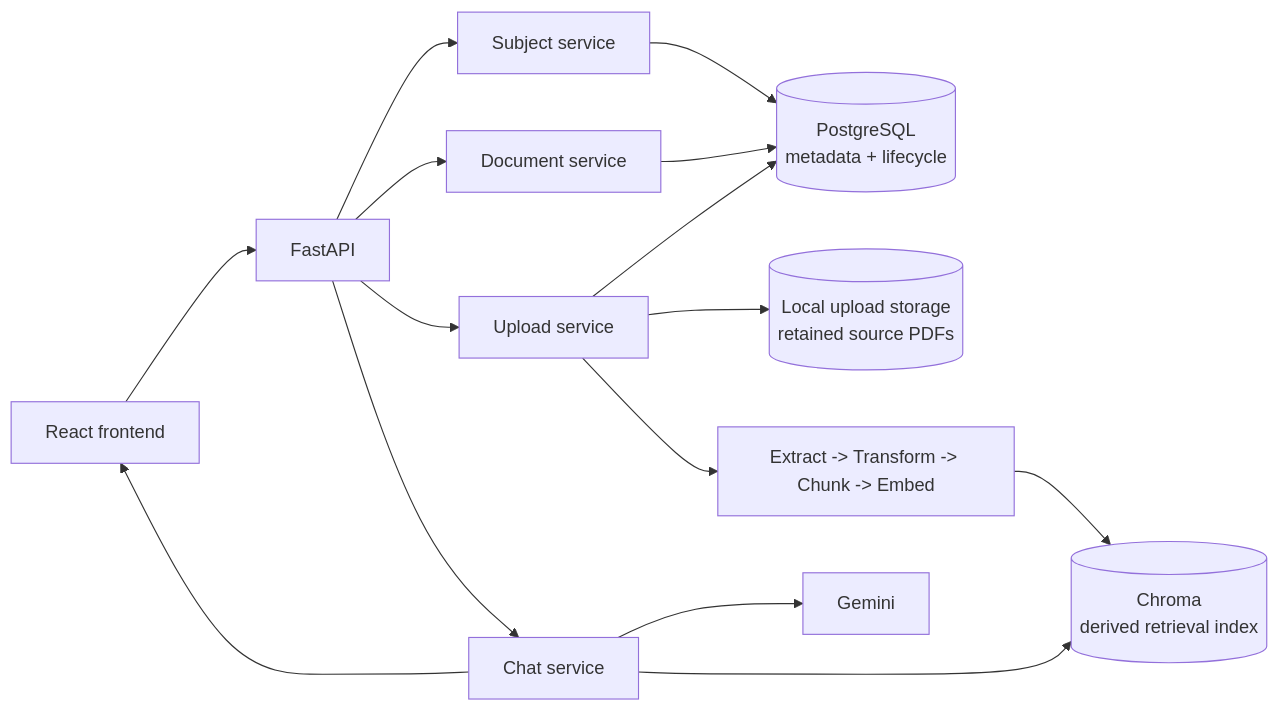
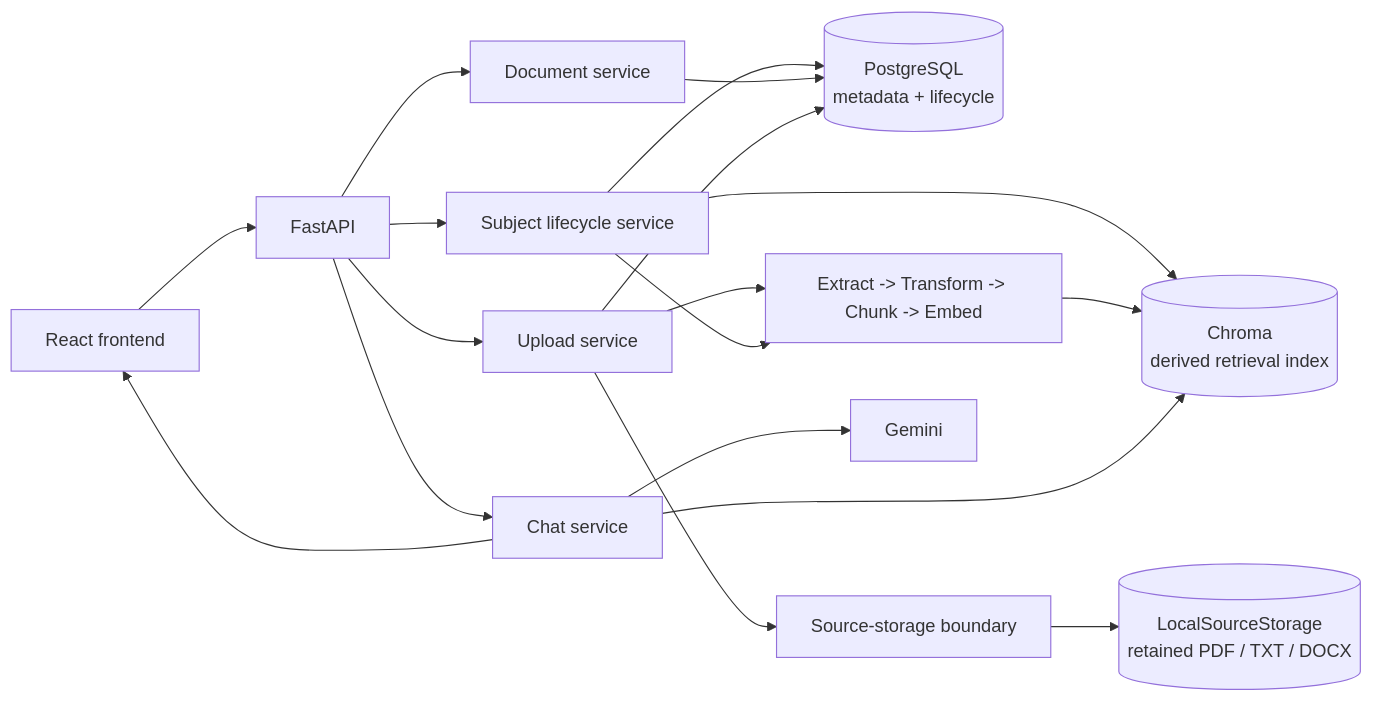
Before and after one commit to tonthatgiahuy16/CloudMentor-AI: the diagram in README.md, drawn with Mermaid. The commit also changed other lines of this file and 1 other file, not shown here.

````diff
--- a/README.md
+++ b/README.md
@@ -79,19 +100,22 @@
 ```mermaid
 flowchart LR
     UI[React frontend] --> API[FastAPI]
-    API --> SUBJECTS[Subject service]
+    API --> SUBJECTS[Subject lifecycle service]
     API --> UPLOAD[Upload service]
     API --> CHAT[Chat service]
     API --> DOCS[Document service]
 
     SUBJECTS --> PG[(PostgreSQL\nmetadata + lifecycle)]
     DOCS --> PG
-    UPLOAD --> FILES[(Local upload storage\nretained source PDFs)]
+    UPLOAD --> STORAGE[Source-storage boundary]
+    STORAGE --> FILES[(LocalSourceStorage\nretained PDF / TXT / DOCX)]
     UPLOAD --> PIPELINE[Extract -> Transform -> Chunk -> Embed]
+    SUBJECTS --> PIPELINE
+    SUBJECTS --> CHROMA
     PIPELINE --> CHROMA[(Chroma\nderived retrieval index)]
     UPLOAD --> PG
 
     CHAT --> CHROMA
     CHAT --> LLM[Gemini]
     CHAT --> UI
 ```
````
